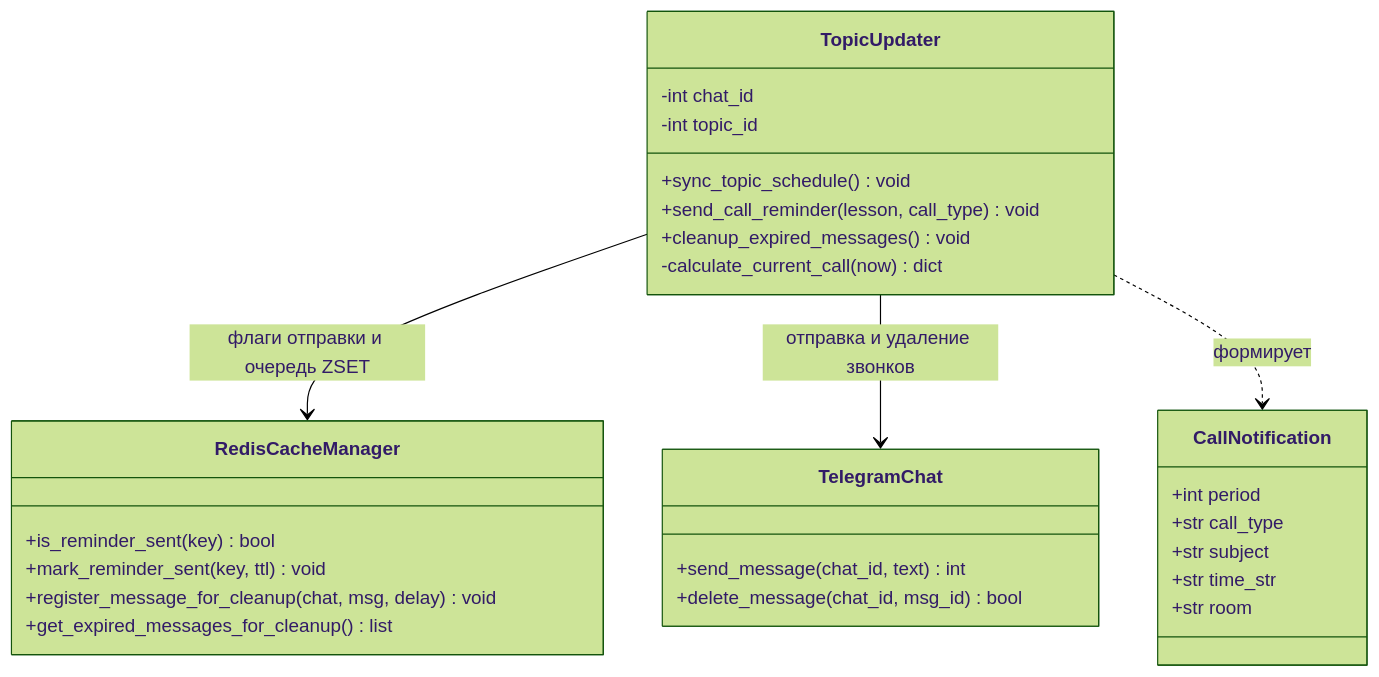
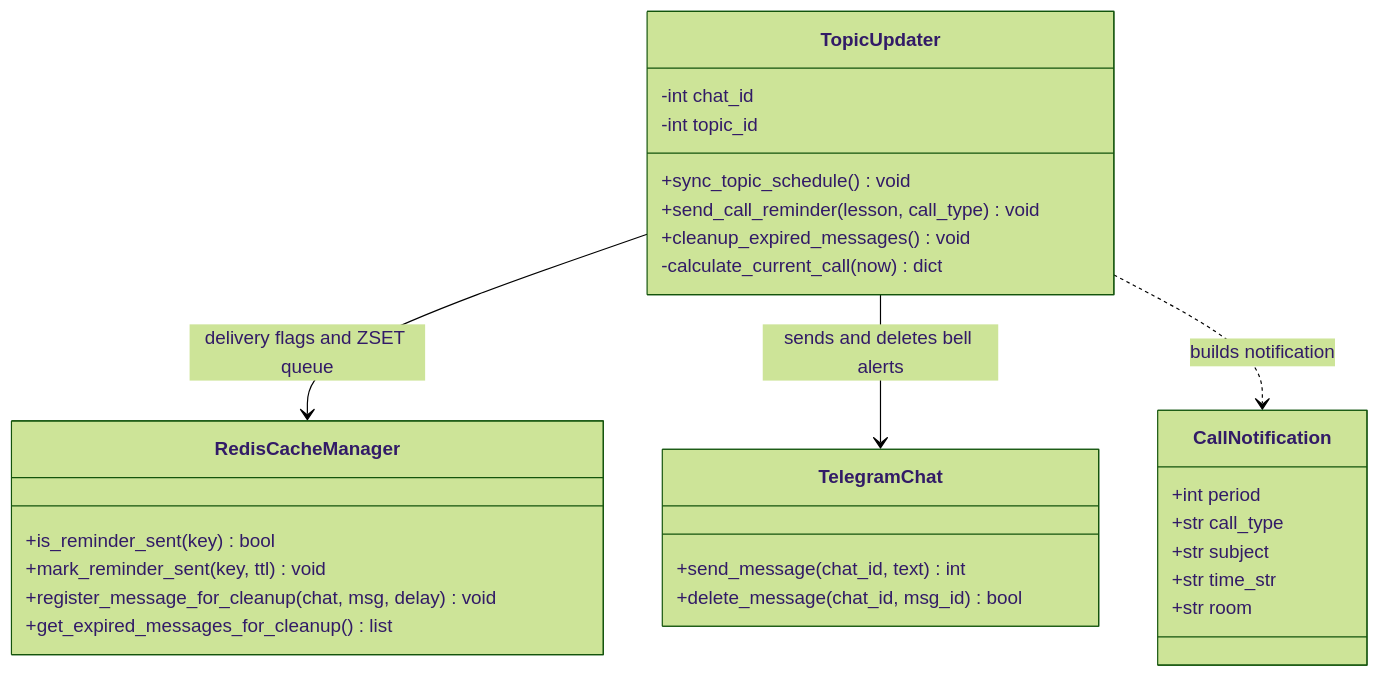
The fourth of 7 diagrams in docs/UML.md (Utkautka1/para), drawn with Mermaid (forest theme) before and after one commit. The commit also changed other lines of this file, not shown here.

Commit message:
docs: перевести UML.md и связи диаграмм на английский язык

````diff
--- a/docs/UML.md
+++ b/docs/UML.md
@@ -305,37 +305,37 @@
 ```mermaid
 classDiagram
     direction TB
 
     class TopicUpdater {
         -int chat_id
         -int topic_id
         +sync_topic_schedule() void
         +send_call_reminder(lesson, call_type) void
         +cleanup_expired_messages() void
         -calculate_current_call(now) dict
     }
 
     class RedisCacheManager {
         +is_reminder_sent(key) bool
         +mark_reminder_sent(key, ttl) void
         +register_message_for_cleanup(chat, msg, delay) void
         +get_expired_messages_for_cleanup() list
     }
 
     class CallNotification {
         +int period
         +str call_type
         +str subject
         +str time_str
         +str room
     }
 
     class TelegramChat {
         +send_message(chat_id, text) int
         +delete_message(chat_id, msg_id) bool
     }
 
-    TopicUpdater --> RedisCacheManager : флаги отправки и очередь ZSET
-    TopicUpdater --> TelegramChat : отправка и удаление звонков
-    TopicUpdater ..> CallNotification : формирует
+    TopicUpdater --> RedisCacheManager : delivery flags and ZSET queue
+    TopicUpdater --> TelegramChat : sends and deletes bell alerts
+    TopicUpdater ..> CallNotification : builds notification
 ```
````
